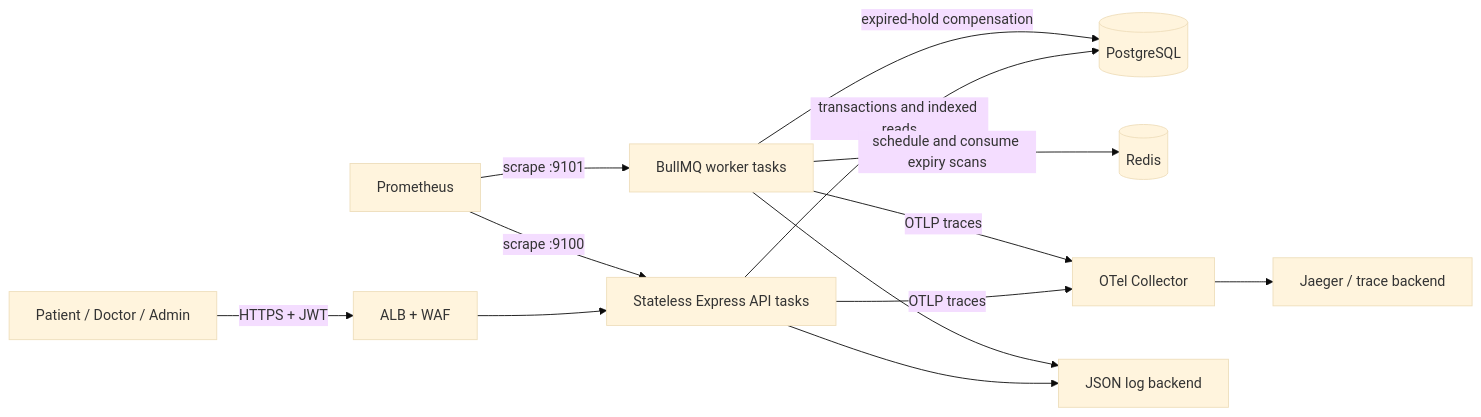
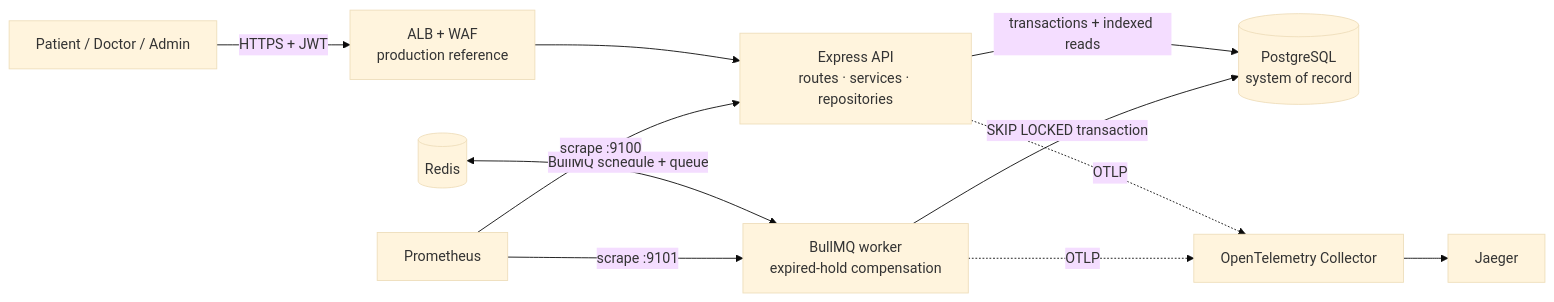
Before and after one commit to mgr-punith/amrutam-telemedicine-backend: the first of 2 diagrams in docs/architecture.md, drawn with Mermaid (base theme). The commit also changed other lines of this file and 1 other file, not shown here.

````diff
--- a/docs/architecture.md
+++ b/docs/architecture.md
@@ -18,15 +37,15 @@
 ```mermaid
 flowchart LR
-  Client[Patient / Doctor / Admin] -->|HTTPS + JWT| ALB[ALB + WAF]
-  ALB --> API[Stateless Express API tasks]
-  API -->|transactions and indexed reads| PG[(PostgreSQL)]
-  Worker[BullMQ worker tasks] -->|schedule and consume expiry scans| Redis[(Redis)]
-  Worker -->|expired-hold compensation| PG
-  API -->|OTLP traces| Collector[OTel Collector]
-  Worker -->|OTLP traces| Collector
-  Collector --> Jaeger[Jaeger / trace backend]
+  Client[Patient / Doctor / Admin] -->|HTTPS + JWT| Edge[ALB + WAF<br/>production reference]
+  Edge --> API[Express API<br/>routes · services · repositories]
+
+  API -->|transactions + indexed reads| PG[(PostgreSQL<br/>system of record)]
+  Redis[(Redis)] <-->|BullMQ schedule + queue| Worker[BullMQ worker<br/>expired-hold compensation]
+  Worker -->|SKIP LOCKED transaction| PG
+
+  API -. OTLP .-> Collector[OpenTelemetry Collector]
+  Worker -. OTLP .-> Collector
+  Collector --> Jaeger[Jaeger]
   Prometheus[Prometheus] -->|scrape :9100| API
   Prometheus -->|scrape :9101| Worker
-  API --> Logs[JSON log backend]
-  Worker --> Logs
 ```
````
